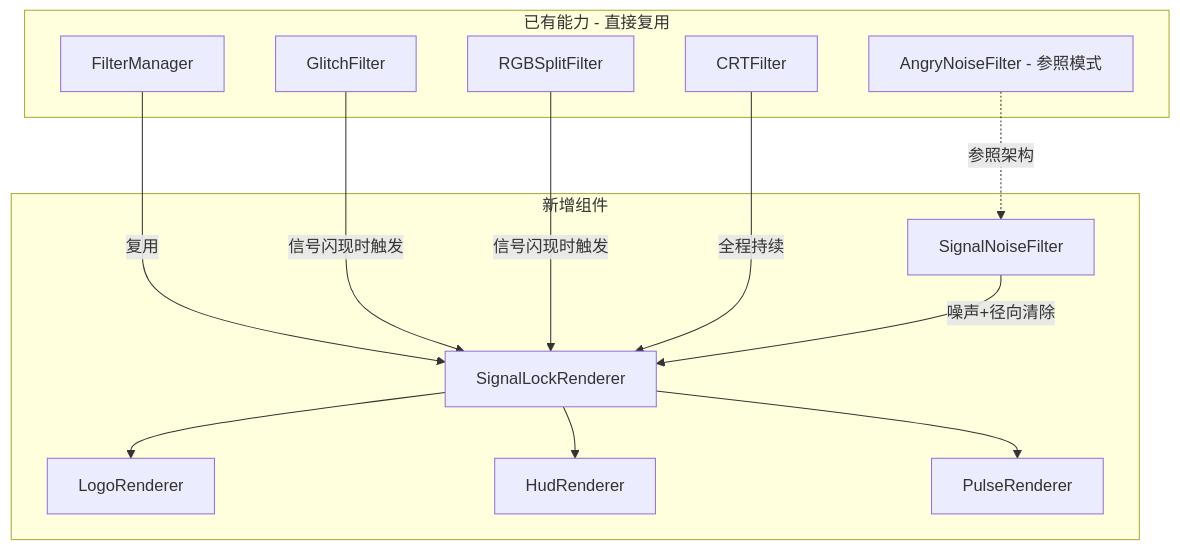
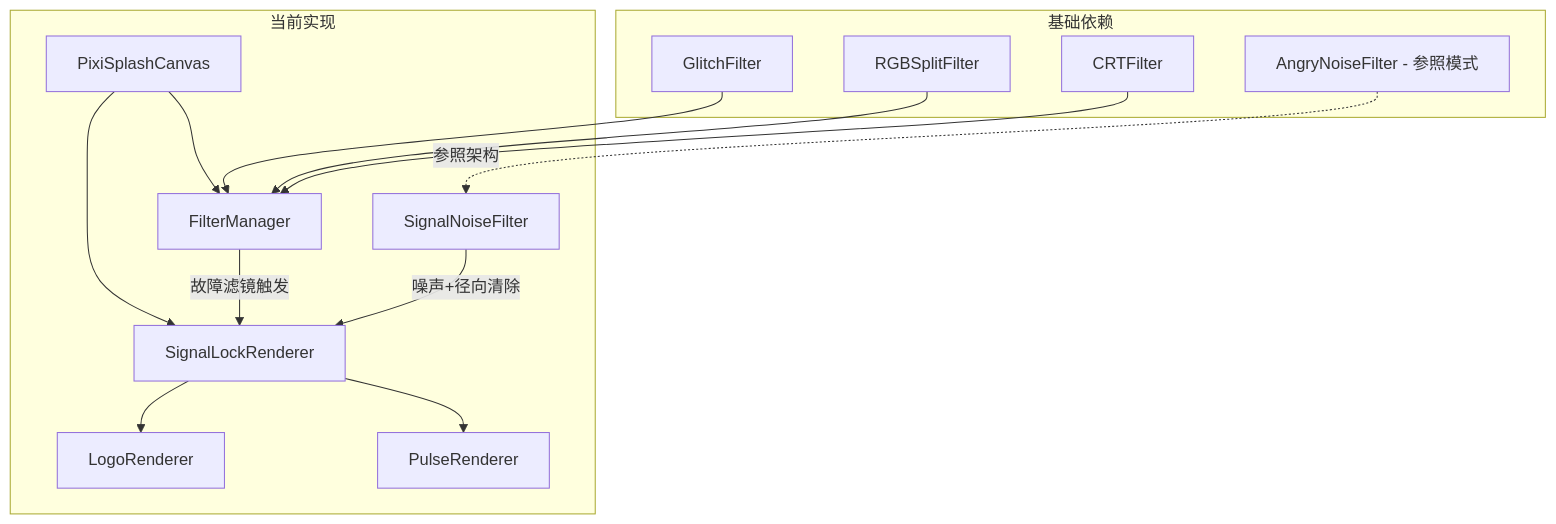
Before and after one commit to Winter334/Tsian: the fourth of 4 diagrams in plans/splash-screen-refactor.md, drawn with Mermaid. The commit also changed other lines of this file and 11 other files, not shown here.

````diff
--- a/plans/splash-screen-refactor.md
+++ b/plans/splash-screen-refactor.md
@@ -344,28 +363,29 @@
 ```mermaid
 flowchart TD
-    subgraph 已有能力 - 直接复用
-        FM[FilterManager]
+    subgraph 基础依赖
         GF[GlitchFilter]
         RF[RGBSplitFilter]
         CF[CRTFilter]
         ANF[AngryNoiseFilter - 参照模式]
     end
 
-    subgraph 新增组件
+    subgraph 当前实现
+        PSC[PixiSplashCanvas]
+        FM[FilterManager]
         SNF[SignalNoiseFilter]
         SLR[SignalLockRenderer]
         LR[LogoRenderer]
-        HR[HudRenderer]
         PR[PulseRenderer]
     end
 
+    PSC --> FM
+    PSC --> SLR
     ANF -.->|参照架构| SNF
-    FM -->|复用| SLR
-    GF -->|信号闪现时触发| SLR
-    RF -->|信号闪现时触发| SLR
-    CF -->|全程持续| SLR
+    GF --> FM
+    RF --> FM
+    CF --> FM
+    FM -->|故障滤镜触发| SLR
     SNF -->|噪声+径向清除| SLR
     SLR --> LR
-    SLR --> HR
     SLR --> PR
 ```
````
